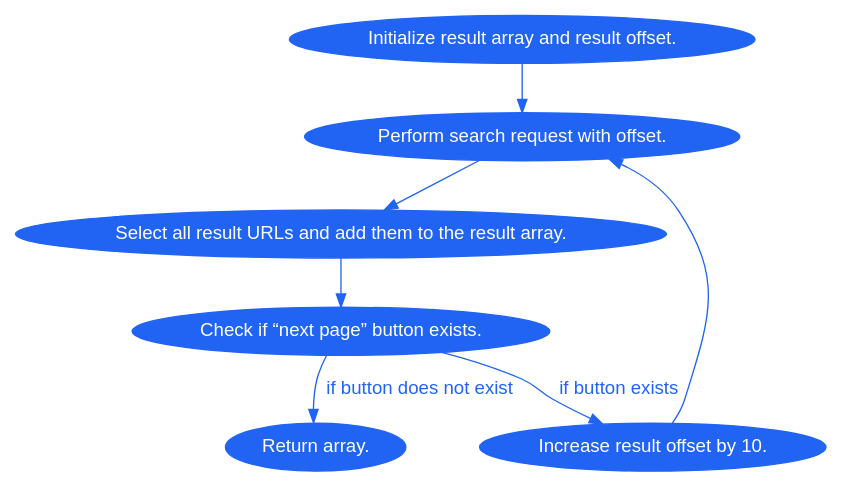
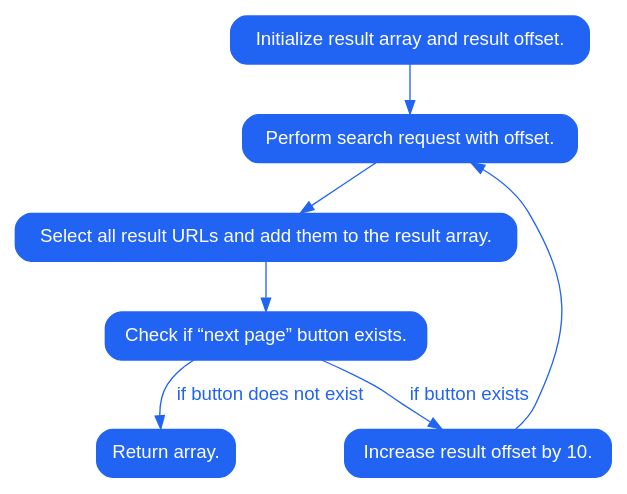
The diagram in tex/assets/indeed-workflow.dot (reitermarkus/infosec-job-scraper), drawn with Graphviz before and after one commit. The commit also changed 8 other files, not shown here.

Commit message:
Make workflow graphs nicer.

```diff
--- a/tex/assets/indeed-workflow.dot
+++ b/tex/assets/indeed-workflow.dot
@@ -1,22 +1,22 @@
 digraph indeed {
   graph [fontname="sans-serif"];
-  node [fontname="sans-serif"];
+  node [fontname="sans-serif", shape=Mrecord];
   edge [fontname="sans-serif"];
 
   node [style=filled, color="#2164f3", fontcolor=white];
   edge [color="#2164f3", fontcolor="#2164f3"];
 
   indeed_initialize_array -> indeed_search_request;
   indeed_search_request -> indeed_select_results;
   indeed_select_results -> indeed_check_next_button;
   indeed_check_next_button -> indeed_return_array [label="if button does not exist"];
   indeed_check_next_button -> indeed_increase_offset [label="if button exists"];
   indeed_increase_offset -> indeed_search_request;
 
   indeed_initialize_array [label="Initialize result array and result offset."];
   indeed_search_request [label="Perform search request with offset."];
   indeed_select_results [label="Select all result URLs and add them to the result array."];
   indeed_check_next_button [label="Check if “next page” button exists."];
   indeed_increase_offset [label="Increase result offset by 10."];
   indeed_return_array [label="Return array."]
 }
```
